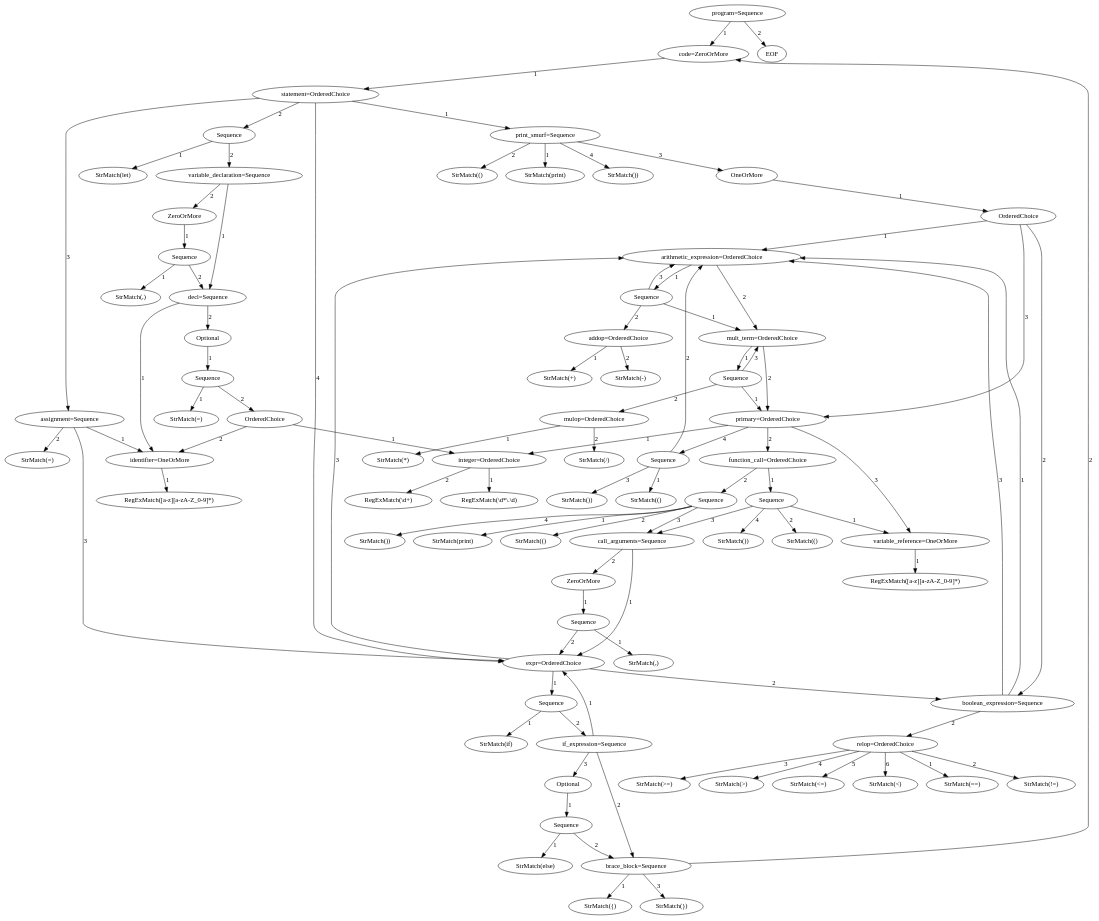
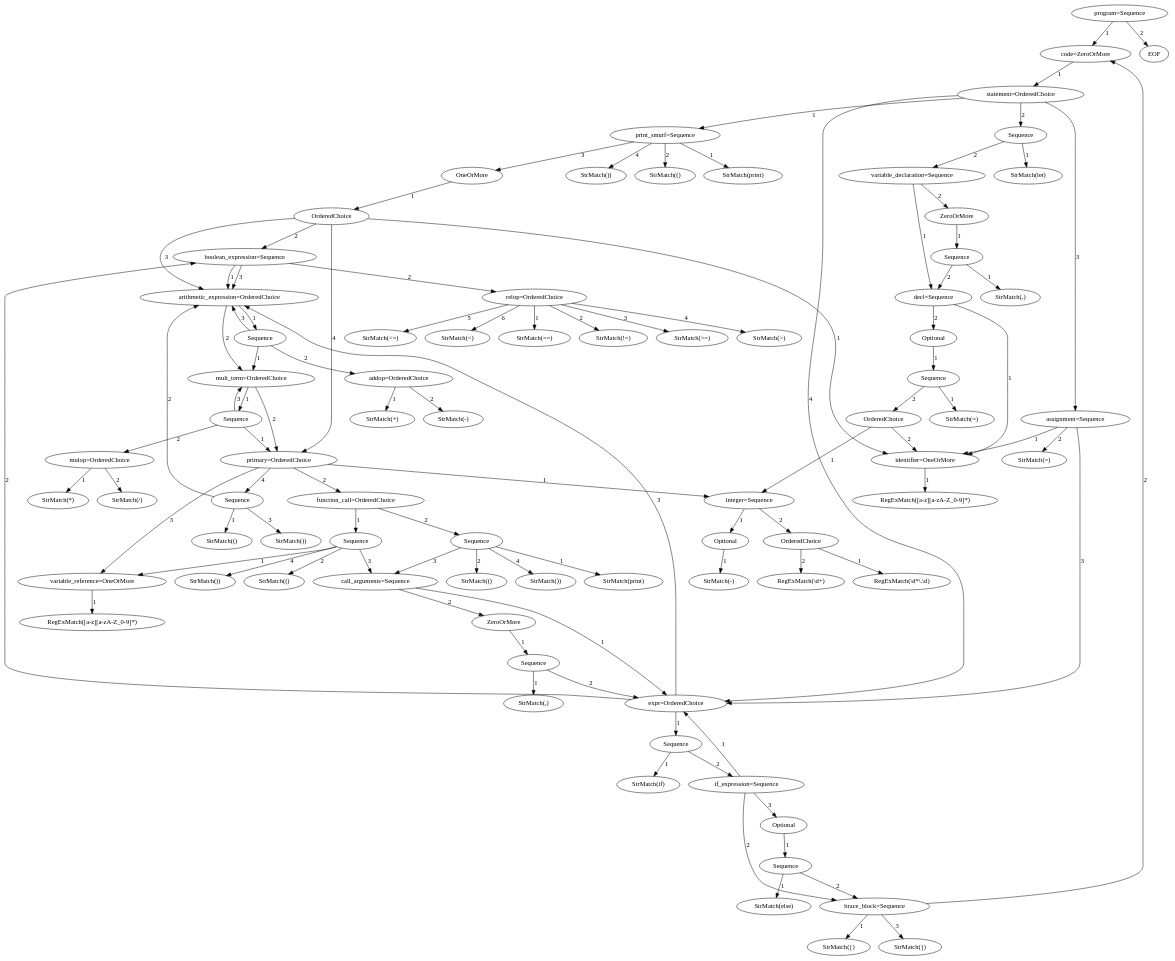
Before and after one commit to pragdave/cs3342_smurf: the diagram in program_parser_model.dot, drawn with Graphviz. The commit also changed 17 other files, not shown here.

Commit message:
print func works, as does arithmetic, boolean expr, and declaration/binding but only 1

```diff
--- a/program_parser_model.dot
+++ b/program_parser_model.dot
@@ -1,266 +1,277 @@
 digraph arpeggio_graph {
-4710643664 [label="program=Sequence"];
-4710643664->4710645584 [label="1"]
+4714115984 [label="program=Sequence"];
+4714115984->4714115536 [label="1"]
 
-4710645584 [label="code=ZeroOrMore"];
-4710645584->4710702032 [label="1"]
+4714115536 [label="code=ZeroOrMore"];
+4714115536->4710699536 [label="1"]
 
-4710702032 [label="statement=OrderedChoice"];
-4710702032->4714957712 [label="1"]
+4710699536 [label="statement=OrderedChoice"];
+4710699536->4716724688 [label="1"]
 
-4714957712 [label="print_smurf=Sequence"];
-4714957712->4714955664 [label="1"]
+4716724688 [label="print_smurf=Sequence"];
+4716724688->4708957712 [label="1"]
 
-4714955664 [label="StrMatch(print)"];
-4714957712->4714958544 [label="2"]
+4708957712 [label="StrMatch(print)"];
+4716724688->4710178896 [label="2"]
 
-4714958544 [label="StrMatch(()"];
-4714957712->4714957648 [label="3"]
+4710178896 [label="StrMatch(()"];
+4716724688->4710805456 [label="3"]
 
-4714957648 [label="OneOrMore"];
-4714957648->4714958480 [label="1"]
+4710805456 [label="OneOrMore"];
+4710805456->4710074896 [label="1"]
 
-4714958480 [label="OrderedChoice"];
-4714958480->4714957520 [label="1"]
+4710074896 [label="OrderedChoice"];
+4710074896->4711795664 [label="1"]
 
-4714957520 [label="arithmetic_expression=OrderedChoice"];
-4714957520->4714958032 [label="1"]
+4711795664 [label="identifier=OneOrMore"];
+4711795664->4710073296 [label="1"]
 
-4714958032 [label="Sequence"];
-4714958032->4714957456 [label="1"]
+4710073296 [label="RegExMatch([a-z][a-zA-Z_0-9]*)"];
+4710074896->4713298576 [label="2"]
 
-4714957456 [label="mult_term=OrderedChoice"];
-4714957456->4714955088 [label="1"]
+4713298576 [label="boolean_expression=Sequence"];
+4713298576->4712864912 [label="1"]
 
-4714955088 [label="Sequence"];
-4714955088->4714957840 [label="1"]
+4712864912 [label="arithmetic_expression=OrderedChoice"];
+4712864912->4712863056 [label="1"]
 
-4714957840 [label="primary=OrderedChoice"];
-4714957840->4714957776 [label="1"]
+4712863056 [label="Sequence"];
+4712863056->4707867088 [label="1"]
 
-4714957776 [label="integer=OrderedChoice"];
-4714957776->4714955344 [label="1"]
+4707867088 [label="mult_term=OrderedChoice"];
+4707867088->4707864656 [label="1"]
 
-4714955344 [label="RegExMatch(\\d*\\.\\d)"];
-4714957776->4713309584 [label="2"]
+4707864656 [label="Sequence"];
+4707864656->4707866320 [label="1"]
 
-4713309584 [label="RegExMatch(\\d+)"];
-4714957840->4714958672 [label="2"]
+4707866320 [label="primary=OrderedChoice"];
+4707866320->4695098448 [label="1"]
 
-4714958672 [label="function_call=OrderedChoice"];
-4714958672->4708326288 [label="1"]
+4695098448 [label="integer=Sequence"];
+4695098448->4707865360 [label="1"]
 
-4708326288 [label="Sequence"];
-4708326288->4715000016 [label="1"]
+4707865360 [label="Optional"];
+4707865360->4367325136 [label="1"]
 
-4715000016 [label="variable_reference=OneOrMore"];
-4715000016->4715001168 [label="1"]
+4367325136 [label="StrMatch(-)"];
+4695098448->4367325200 [label="2"]
 
-4715001168 [label="RegExMatch([a-z][a-zA-Z_0-9]*)"];
-4708326288->4715002448 [label="2"]
+4367325200 [label="OrderedChoice"];
+4367325200->4707868176 [label="1"]
 
-4715002448 [label="StrMatch(()"];
-4708326288->4715001488 [label="3"]
+4707868176 [label="RegExMatch(\\d*\\.\\d)"];
+4367325200->4695098640 [label="2"]
 
-4715001488 [label="call_arguments=Sequence"];
-4715001488->4715001104 [label="1"]
+4695098640 [label="RegExMatch(\\d+)"];
+4707866320->4367324880 [label="2"]
 
-4715001104 [label="expr=OrderedChoice"];
-4715001104->4715000208 [label="1"]
+4367324880 [label="function_call=OrderedChoice"];
+4367324880->4712655440 [label="1"]
 
-4715000208 [label="Sequence"];
-4715000208->4715002192 [label="1"]
+4712655440 [label="Sequence"];
+4712655440->4710132496 [label="1"]
 
-4715002192 [label="StrMatch(if)"];
-4715000208->4715003216 [label="2"]
+4710132496 [label="variable_reference=OneOrMore"];
+4710132496->4710824976 [label="1"]
 
-4715003216 [label="if_expression=Sequence"];
-4715003216->4715001104 [label="1"]
+4710824976 [label="RegExMatch([a-z][a-zA-Z_0-9]*)"];
+4712655440->4367324368 [label="2"]
 
-4715003216->4713309520 [label="2"]
+4367324368 [label="StrMatch(()"];
+4712655440->4710811280 [label="3"]
 
-4713309520 [label="brace_block=Sequence"];
-4713309520->4713312016 [label="1"]
+4710811280 [label="call_arguments=Sequence"];
+4710811280->4710755664 [label="1"]
 
-4713312016 [label="StrMatch({)"];
-4713309520->4710645584 [label="2"]
+4710755664 [label="expr=OrderedChoice"];
+4710755664->4710754512 [label="1"]
 
-4713309520->4713309968 [label="3"]
+4710754512 [label="Sequence"];
+4710754512->4710129808 [label="1"]
 
-4713309968 [label="StrMatch(})"];
-4715003216->4715002832 [label="3"]
+4710129808 [label="StrMatch(if)"];
+4710754512->4710131792 [label="2"]
 
-4715002832 [label="Optional"];
-4715002832->4713311248 [label="1"]
+4710131792 [label="if_expression=Sequence"];
+4710131792->4710755664 [label="1"]
 
-4713311248 [label="Sequence"];
-4713311248->4713308880 [label="1"]
+4710131792->4710133712 [label="2"]
 
-4713308880 [label="StrMatch(else)"];
-4713311248->4713309520 [label="2"]
+4710133712 [label="brace_block=Sequence"];
+4710133712->4710133584 [label="1"]
 
-4715001104->4713308304 [label="2"]
+4710133584 [label="StrMatch({)"];
+4710133712->4714115536 [label="2"]
 
-4713308304 [label="boolean_expression=Sequence"];
-4713308304->4714957520 [label="1"]
+4710133712->4710133520 [label="3"]
 
-4713308304->4707865360 [label="2"]
+4710133520 [label="StrMatch(})"];
+4710131792->4710132176 [label="3"]
 
-4707865360 [label="relop=OrderedChoice"];
-4707865360->4707864784 [label="1"]
+4710132176 [label="Optional"];
+4710132176->4710131920 [label="1"]
 
-4707864784 [label="StrMatch(==)"];
-4707865360->4707865872 [label="2"]
+4710131920 [label="Sequence"];
+4710131920->4710133200 [label="1"]
 
-4707865872 [label="StrMatch(!=)"];
-4707865360->4707866384 [label="3"]
+4710133200 [label="StrMatch(else)"];
+4710131920->4710133712 [label="2"]
 
-4707866384 [label="StrMatch(>=)"];
-4707865360->4707868624 [label="4"]
+4710755664->4713298576 [label="2"]
 
-4707868624 [label="StrMatch(>)"];
-4707865360->4707865296 [label="5"]
+4710755664->4712864912 [label="3"]
 
-4707865296 [label="StrMatch(<=)"];
-4707865360->4711892112 [label="6"]
+4710811280->4710811088 [label="2"]
 
-4711892112 [label="StrMatch(<)"];
-4713308304->4714957520 [label="3"]
+4710811088 [label="ZeroOrMore"];
+4710811088->4710130192 [label="1"]
 
-4715001104->4714957520 [label="3"]
+4710130192 [label="Sequence"];
+4710130192->4710131536 [label="1"]
 
-4715001488->4715000144 [label="2"]
+4710131536 [label="StrMatch(,)"];
+4710130192->4710755664 [label="2"]
 
-4715000144 [label="ZeroOrMore"];
-4715000144->4694869584 [label="1"]
+4712655440->4710130064 [label="4"]
 
-4694869584 [label="Sequence"];
-4694869584->4710699536 [label="1"]
+4710130064 [label="StrMatch())"];
+4367324880->4711892432 [label="2"]
 
-4710699536 [label="StrMatch(,)"];
-4694869584->4715001104 [label="2"]
+4711892432 [label="Sequence"];
+4711892432->4710131408 [label="1"]
 
-4708326288->4714194384 [label="4"]
+4710131408 [label="StrMatch(print)"];
+4711892432->4710132816 [label="2"]
 
-4714194384 [label="StrMatch())"];
-4714958672->4711196560 [label="2"]
+4710132816 [label="StrMatch(()"];
+4711892432->4710811280 [label="3"]
 
-4711196560 [label="Sequence"];
-4711196560->4710644944 [label="1"]
+4711892432->4710131856 [label="4"]
 
-4710644944 [label="StrMatch(print)"];
-4711196560->4710645456 [label="2"]
+4710131856 [label="StrMatch())"];
+4707866320->4710132496 [label="3"]
 
-4710645456 [label="StrMatch(()"];
-4711196560->4715001488 [label="3"]
+4707866320->4710564368 [label="4"]
 
-4711196560->4710642384 [label="4"]
+4710564368 [label="Sequence"];
+4710564368->4710565392 [label="1"]
 
-4710642384 [label="StrMatch())"];
-4714957840->4715000016 [label="3"]
+4710565392 [label="StrMatch(()"];
+4710564368->4712864912 [label="2"]
 
-4714957840->4710641872 [label="4"]
+4710564368->4710756176 [label="3"]
 
-4710641872 [label="Sequence"];
-4710641872->4710644816 [label="1"]
+4710756176 [label="StrMatch())"];
+4707864656->4710130384 [label="2"]
 
-4710644816 [label="StrMatch(()"];
-4710641872->4714957520 [label="2"]
+4710130384 [label="mulop=OrderedChoice"];
+4710130384->4710130832 [label="1"]
 
-4710641872->4691425424 [label="3"]
+4710130832 [label="StrMatch(*)"];
+4710130384->4710131280 [label="2"]
 
-4691425424 [label="StrMatch())"];
-4714955088->4701970512 [label="2"]
+4710131280 [label="StrMatch(/)"];
+4707864656->4707867088 [label="3"]
 
-4701970512 [label="mulop=OrderedChoice"];
-4701970512->4714681104 [label="1"]
+4707867088->4707866320 [label="2"]
 
-4714681104 [label="StrMatch(*)"];
-4701970512->4714680912 [label="2"]
+4712863056->4707372112 [label="2"]
 
-4714680912 [label="StrMatch(/)"];
-4714955088->4714957456 [label="3"]
+4707372112 [label="addop=OrderedChoice"];
+4707372112->4712753936 [label="1"]
 
-4714957456->4714957840 [label="2"]
+4712753936 [label="StrMatch(+)"];
+4707372112->4712752080 [label="2"]
 
-4714958032->4708789584 [label="2"]
+4712752080 [label="StrMatch(-)"];
+4712863056->4712864912 [label="3"]
 
-4708789584 [label="addop=OrderedChoice"];
-4708789584->4714755024 [label="1"]
+4712864912->4707867088 [label="2"]
 
-4714755024 [label="StrMatch(+)"];
-4708789584->4716530960 [label="2"]
+4713298576->4710641936 [label="2"]
 
-4716530960 [label="StrMatch(-)"];
-4714958032->4714957520 [label="3"]
+4710641936 [label="relop=OrderedChoice"];
+4710641936->4710643600 [label="1"]
 
-4714957520->4714957456 [label="2"]
+4710643600 [label="StrMatch(==)"];
+4710641936->4710645648 [label="2"]
 
-4714958480->4713308304 [label="2"]
+4710645648 [label="StrMatch(!=)"];
+4710641936->4710642960 [label="3"]
 
-4714958480->4714957840 [label="3"]
+4710642960 [label="StrMatch(>=)"];
+4710641936->4710645136 [label="4"]
 
-4714957712->4714278480 [label="4"]
+4710645136 [label="StrMatch(>)"];
+4710641936->4713413776 [label="5"]
 
-4714278480 [label="StrMatch())"];
-4710702032->4714276496 [label="2"]
+4713413776 [label="StrMatch(<=)"];
+4710641936->4713413904 [label="6"]
 
-4714276496 [label="Sequence"];
-4714276496->4712169744 [label="1"]
+4713413904 [label="StrMatch(<)"];
+4713298576->4712864912 [label="3"]
 
-4712169744 [label="StrMatch(let)"];
-4714276496->4712172368 [label="2"]
+4710074896->4712864912 [label="3"]
 
-4712172368 [label="variable_declaration=Sequence"];
-4712172368->4712171920 [label="1"]
+4710074896->4707866320 [label="4"]
 
-4712171920 [label="decl=Sequence"];
-4712171920->4712170512 [label="1"]
+4716724688->4710073232 [label="4"]
 
-4712170512 [label="identifier=OneOrMore"];
-4712170512->4712170256 [label="1"]
+4710073232 [label="StrMatch())"];
+4710699536->4713770704 [label="2"]
 
-4712170256 [label="RegExMatch([a-z][a-zA-Z_0-9]*)"];
-4712171920->4712172880 [label="2"]
+4713770704 [label="Sequence"];
+4713770704->4713769936 [label="1"]
 
-4712172880 [label="Optional"];
-4712172880->4712171024 [label="1"]
+4713769936 [label="StrMatch(let)"];
+4713770704->4713769680 [label="2"]
 
-4712171024 [label="Sequence"];
-4712171024->4712171600 [label="1"]
+4713769680 [label="variable_declaration=Sequence"];
+4713769680->4713198928 [label="1"]
 
-4712171600 [label="StrMatch(=)"];
-4712171024->4712170960 [label="2"]
+4713198928 [label="decl=Sequence"];
+4713198928->4711795664 [label="1"]
 
-4712170960 [label="OrderedChoice"];
-4712170960->4714957776 [label="1"]
+4713198928->4713199568 [label="2"]
 
-4712170960->4712170512 [label="2"]
+4713199568 [label="Optional"];
+4713199568->4713249104 [label="1"]
 
-4712172368->4712169872 [label="2"]
+4713249104 [label="Sequence"];
+4713249104->4713248720 [label="1"]
 
-4712169872 [label="ZeroOrMore"];
-4712169872->4712172688 [label="1"]
+4713248720 [label="StrMatch(=)"];
+4713249104->4713249616 [label="2"]
 
-4712172688 [label="Sequence"];
-4712172688->4714116880 [label="1"]
+4713249616 [label="OrderedChoice"];
+4713249616->4695098448 [label="1"]
 
-4714116880 [label="StrMatch(,)"];
-4712172688->4712171920 [label="2"]
+4713249616->4711795664 [label="2"]
 
-4710702032->4714117264 [label="3"]
+4713769680->4713767568 [label="2"]
 
-4714117264 [label="assignment=Sequence"];
-4714117264->4712170512 [label="1"]
+4713767568 [label="ZeroOrMore"];
+4713767568->4713247376 [label="1"]
 
-4714117264->4713716240 [label="2"]
+4713247376 [label="Sequence"];
+4713247376->4713247952 [label="1"]
 
-4713716240 [label="StrMatch(=)"];
-4714117264->4715001104 [label="3"]
+4713247952 [label="StrMatch(,)"];
+4713247376->4713198928 [label="2"]
 
-4710702032->4715001104 [label="4"]
+4710699536->4713248336 [label="3"]
 
-4710643664->4712252112 [label="2"]
+4713248336 [label="assignment=Sequence"];
+4713248336->4711795664 [label="1"]
 
-4712252112 [label="EOF"];
+4713248336->4713198416 [label="2"]
+
+4713198416 [label="StrMatch(=)"];
+4713248336->4710755664 [label="3"]
+
+4710699536->4710755664 [label="4"]
+
+4714115984->4713767376 [label="2"]
+
+4713767376 [label="EOF"];
 }
```
